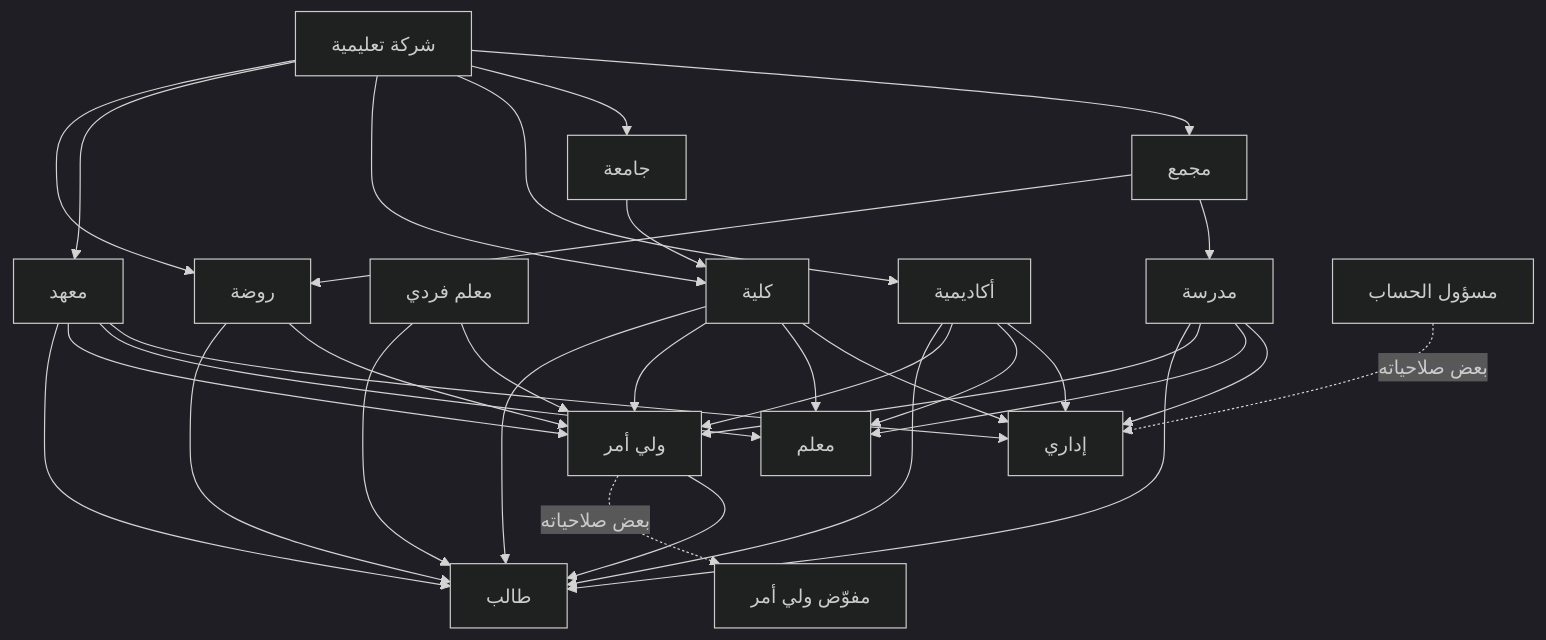
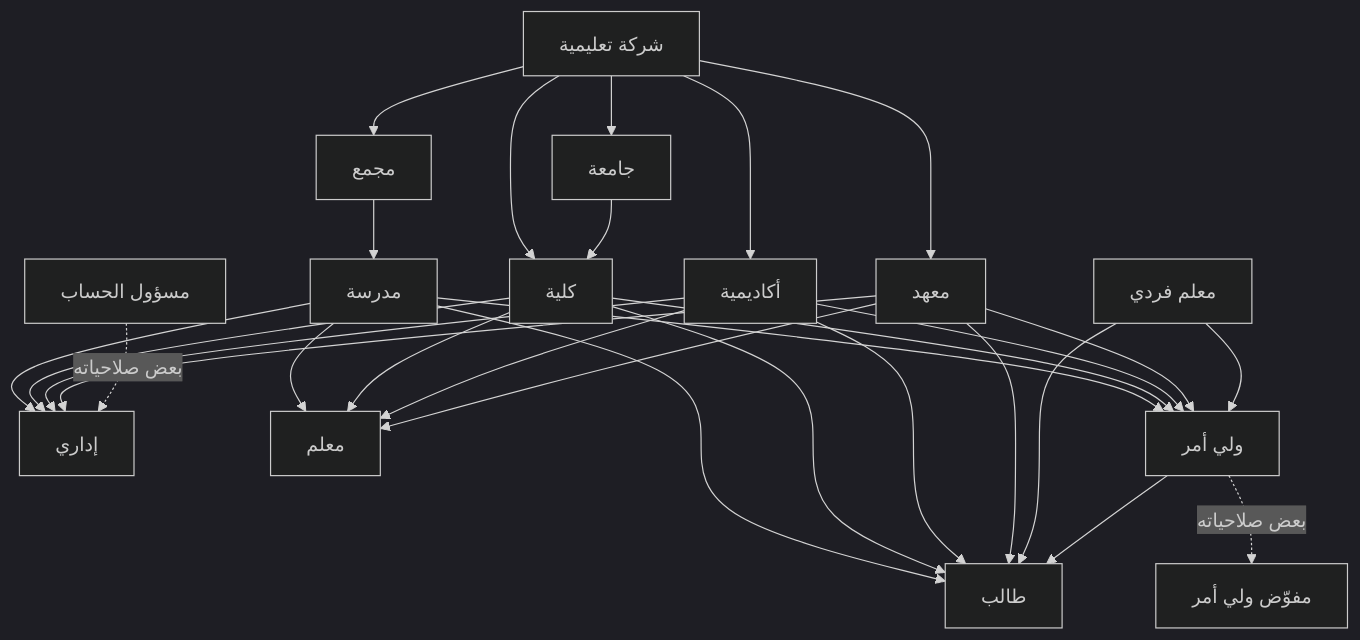
The diagram in docs/roles-and-entities/role-hierarchy.md (TahdirIT/okta-docs), drawn with Mermaid (dark theme) before and after one commit. The commit also changed other lines of this file and 6 other files, not shown here.

````diff
--- a/docs/roles-and-entities/role-hierarchy.md
+++ b/docs/roles-and-entities/role-hierarchy.md
@@ -64,63 +62,57 @@
 ```mermaid
 graph TD
   COMPANY["شركة تعليمية"]
   COMPLEX["مجمع"]
   UNI["جامعة"]
   ACADEMY["أكاديمية"]
   INSTITUTE["معهد"]
   SOLO["معلم فردي"]
   SCHOOL["مدرسة"]
-  KINDER["روضة"]
   COLLEGE["كلية"]
   OWNER["مسؤول الحساب"]
   ADMIN["إداري"]
   TEACHER["معلم"]
   GUARDIAN["ولي أمر"]
   DELEGATE["مفوّض ولي أمر"]
   STUDENT["طالب"]
 
   %% احتواء الكيانات
   COMPANY --> COMPLEX
   COMPANY --> UNI
   COMPANY --> ACADEMY
   COMPANY --> COLLEGE
   COMPANY --> INSTITUTE
-  COMPANY --> KINDER
   COMPLEX --> SCHOOL
-  COMPLEX --> KINDER
   UNI --> COLLEGE
 
   %% الجهات التشغيلية تدير المستخدمين
   SCHOOL --> ADMIN
   SCHOOL --> TEACHER
   SCHOOL --> GUARDIAN
   SCHOOL --> STUDENT
-
-  KINDER --> GUARDIAN
-  KINDER --> STUDENT
 
   COLLEGE --> ADMIN
   COLLEGE --> TEACHER
   COLLEGE --> GUARDIAN
   COLLEGE --> STUDENT
 
   ACADEMY --> ADMIN
   ACADEMY --> TEACHER
   ACADEMY --> GUARDIAN
   ACADEMY --> STUDENT
 
   INSTITUTE --> ADMIN
   INSTITUTE --> TEACHER
   INSTITUTE --> GUARDIAN
   INSTITUTE --> STUDENT
 
   SOLO --> GUARDIAN
   SOLO --> STUDENT
 
   %% داخل الأدوار
   GUARDIAN --> STUDENT
 
   %% اشتقاق الأدوار بتفويض جزء من الصلاحيات
   OWNER -.->|بعض صلاحياته| ADMIN
   GUARDIAN -.->|بعض صلاحياته| DELEGATE
 ```
````
